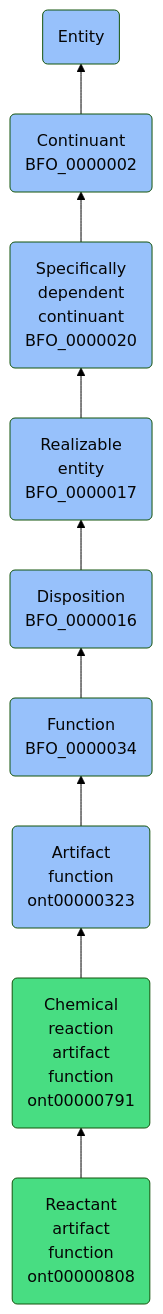
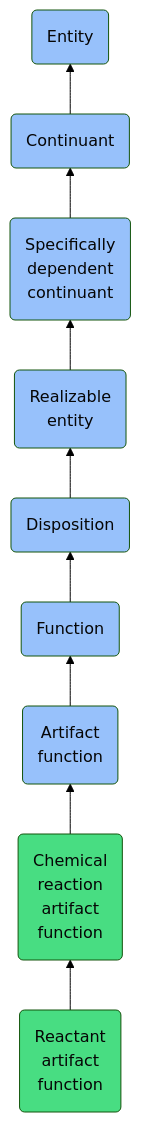
One commit to jupyter-naas/abi changed the diagram in docs/ontology/reference/model/Entity/Continuant/Specifically dependent continuant/Realizable entity/Disposition/Function/Artifact function/Chemical reaction artifact function/Reactant artifact function/Reactant artifact function.md. Above: the diagram before and after it, drawn with Mermaid (forest theme). The commit also changed other lines of this file and 1430 other files, not shown here.

````diff
--- a/docs/ontology/reference/model/Entity/Continuant/Specifically dependent continuant/Realizable entity/Disposition/Function/Artifact function/Chemical reaction artifact function/Reactant artifact function/Reactant artifact function.md
+++ b/docs/ontology/reference/model/Entity/Continuant/Specifically dependent continuant/Realizable entity/Disposition/Function/Artifact function/Chemical reaction artifact function/Reactant artifact function/Reactant artifact function.md
@@ -24,16 +24,16 @@
 ```mermaid
 graph BT
-    ont00000808(Reactant<br>artifact<br>function<br>ont00000808):::ABI-->ont00000791
-    ont00000791(Chemical<br>reaction<br>artifact<br>function<br>ont00000791):::ABI-->ont00000323
-    ont00000323(Artifact<br>function<br>ont00000323):::BFO-->BFO_0000034
-    BFO_0000034(Function<br>BFO_0000034):::BFO-->BFO_0000016
-    BFO_0000016(Disposition<br>BFO_0000016):::BFO-->BFO_0000017
-    BFO_0000017(Realizable<br>entity<br>BFO_0000017):::BFO-->BFO_0000020
-    BFO_0000020(Specifically<br>dependent<br>continuant<br>BFO_0000020):::BFO-->BFO_0000002
-    BFO_0000002(Continuant<br>BFO_0000002):::BFO-->BFO_0000001
+    ont00000808(Reactant<br>artifact<br>function):::ABI-->ont00000791
+    ont00000791(Chemical<br>reaction<br>artifact<br>function):::ABI-->ont00000323
+    ont00000323(Artifact<br>function):::BFO-->BFO_0000034
+    BFO_0000034(Function):::BFO-->BFO_0000016
+    BFO_0000016(Disposition):::BFO-->BFO_0000017
+    BFO_0000017(Realizable<br>entity):::BFO-->BFO_0000020
+    BFO_0000020(Specifically<br>dependent<br>continuant):::BFO-->BFO_0000002
+    BFO_0000002(Continuant):::BFO-->BFO_0000001
     BFO_0000001(Entity):::BFO
     
     classDef BFO fill:#97c1fb,color:#060606
     classDef CCO fill:#e4c51e,color:#060606
     classDef ABI fill:#48DD82,color:#060606
 ```
````
